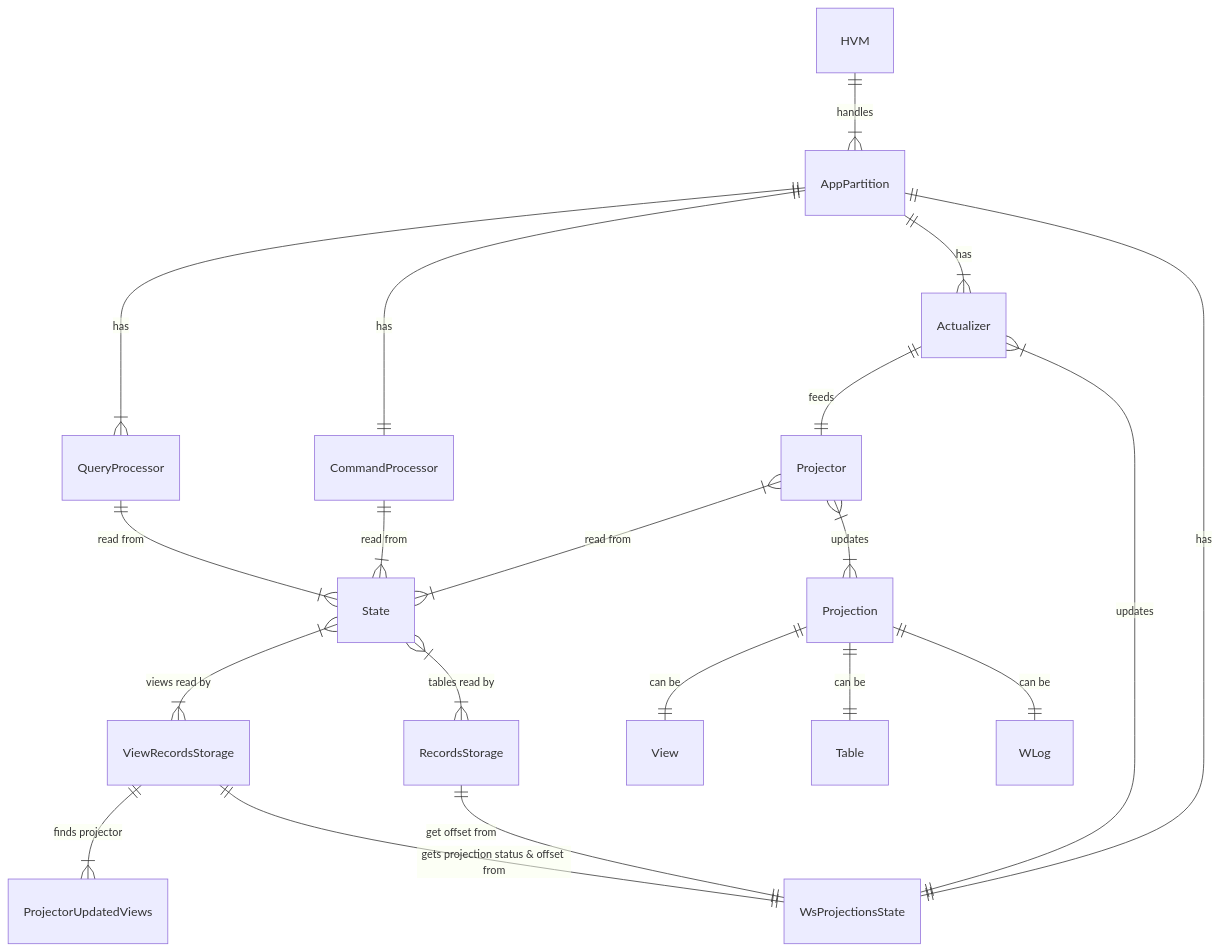
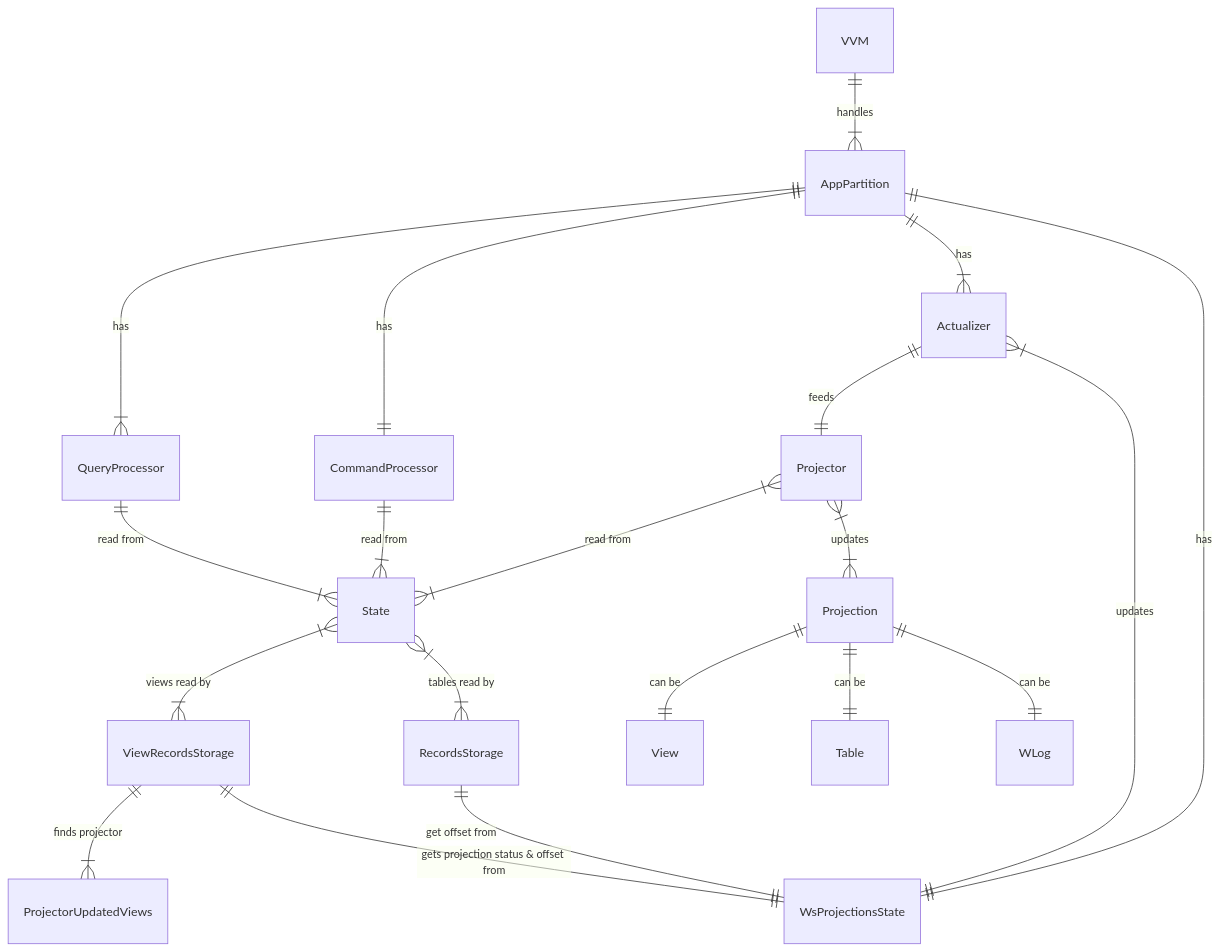
The diagram in design/consistency/README-v1.md (voedger/voedger), drawn with Mermaid before and after one commit. The commit also changed other lines of this file and 11 other files, not shown here.

````diff
--- a/design/consistency/README-v1.md
+++ b/design/consistency/README-v1.md
@@ -85,22 +85,22 @@
 ```mermaid
 erDiagram
-HVM ||--|{ AppPartition: handles
+VVM ||--|{ AppPartition: handles
 AppPartition ||--|{ QueryProcessor: has
 AppPartition ||--|| CommandProcessor: has
 AppPartition ||--|{ Actualizer: has
 Projector }|--|{ State: "read from"
 CommandProcessor ||--|{ State: "read from"
 QueryProcessor ||--|{ State: "read from"
 State }|--|{ ViewRecordsStorage: "views read by"
 State }|--|{ RecordsStorage: "tables read by"
 Actualizer ||--|| Projector: feeds
 Projector }|--|{ Projection: "updates"
 Projection ||--|| View: "can be"
 Projection ||--|| Table: "can be"
 Projection ||--|| WLog: "can be"
 Actualizer }|--|| WsProjectionsState: "updates"
 AppPartition ||--|| WsProjectionsState: has
 ViewRecordsStorage ||--|{ ProjectorUpdatedViews: "finds projector"
 ViewRecordsStorage ||--|| WsProjectionsState: "gets projection status & offset from"
 RecordsStorage ||--|| WsProjectionsState: "get offset from"
 ```
````
